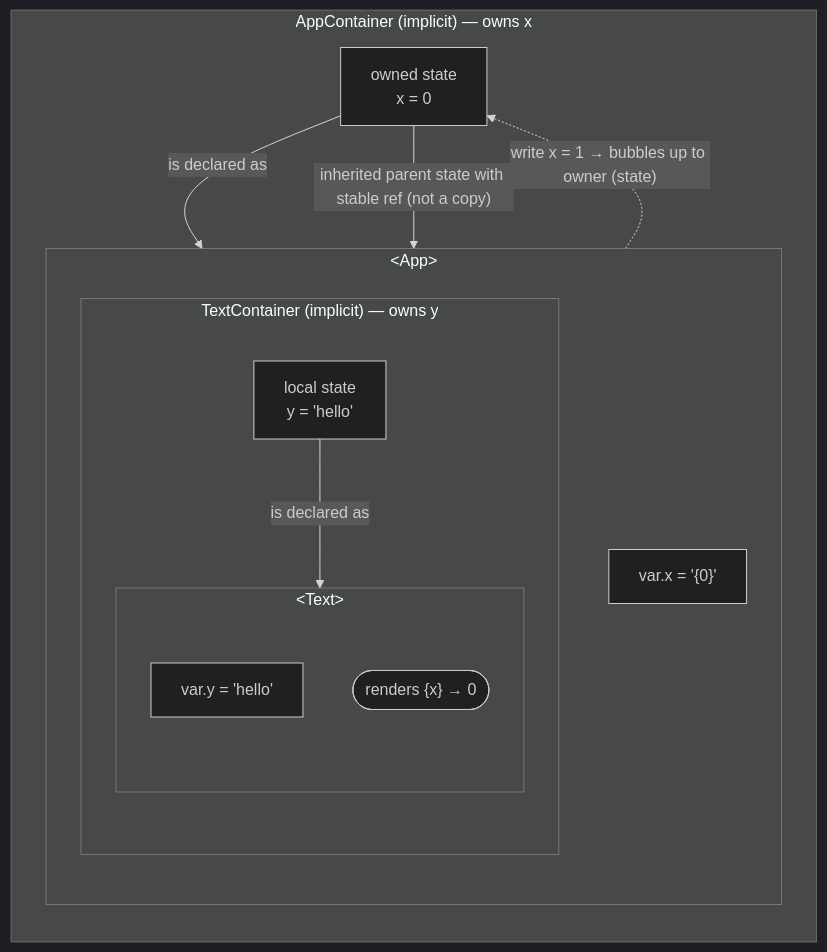
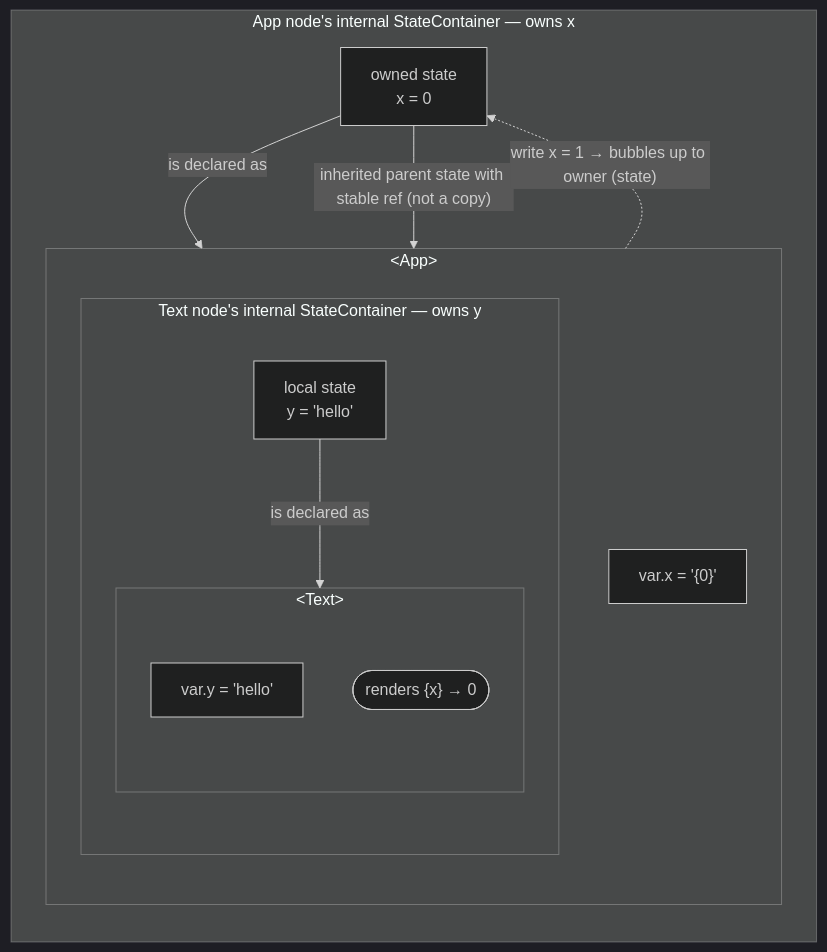
Before and after one commit to xmlui-org/xmlui: the third of 9 diagrams in xmlui/dev-docs/guide/03-container-state.md, drawn with Mermaid (dark theme). The commit also changed other lines of this file and 35 other files, not shown here.

````diff
--- a/xmlui/dev-docs/guide/03-container-state.md
+++ b/xmlui/dev-docs/guide/03-container-state.md
@@ -216,29 +262,29 @@
 ```mermaid
 graph TD
-  subgraph AppContainer["AppContainer (implicit) — owns x"]
+  subgraph AppContainer["App node's internal StateContainer — owns x"]
     direction TB
     AppOwned["owned state<br>x = 0"]
 
     subgraph AppComp["&lt;App&gt;"]
       direction TB
       AppVarDecl["var.x = '{0}'"]
 
-      subgraph TextContainer["TextContainer (implicit) — owns y"]
+      subgraph TextContainer["Text node's internal StateContainer — owns y"]
         direction TB
         TextL5["local state<br>y = 'hello'"]
 
         subgraph TextComp["&lt;Text&gt;"]
           direction TB
           TextVarDecl["var.y = 'hello'"]
           TextRender(["renders {x} → 0"])
         end
 
       end
     end
 
     AppOwned -->|"is declared as"| AppVarDecl
     AppOwned -->|"inherited parent state with stable ref (not a copy)"| TextRender
     TextL5 -->|"is declared as"| TextVarDecl
     TextRender -.->|"write x = 1 → bubbles up to owner (state)"| AppOwned
   end
 ```
````
